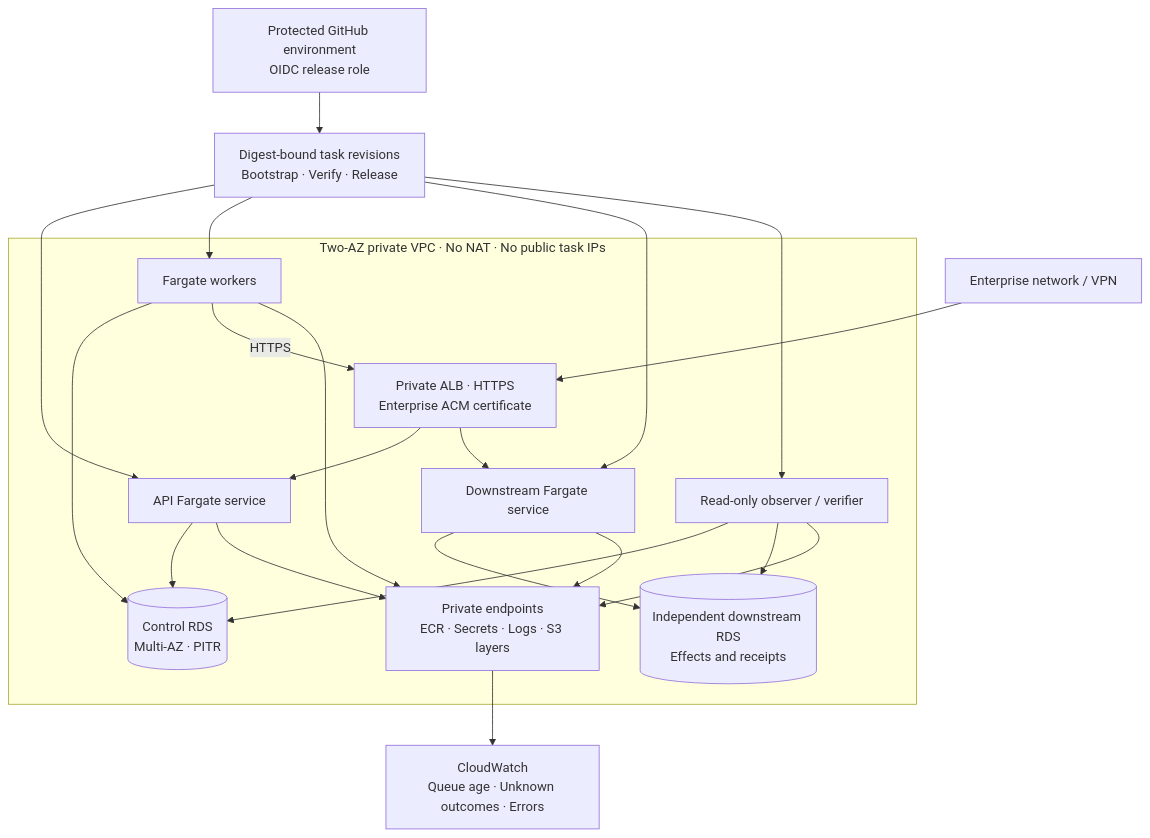
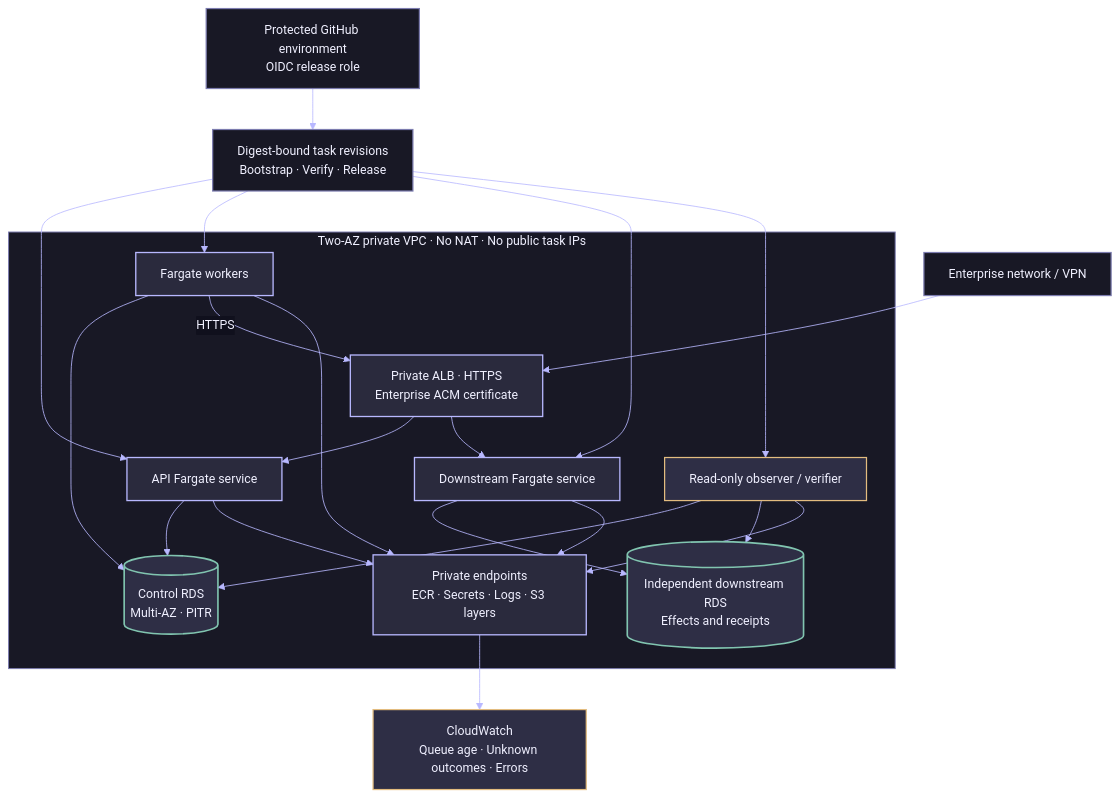
One commit to rlbsem/enterprise-martech-ai-control-plane changed the diagram in docs/diagrams/02-aws-runtime.mmd. Above: the diagram before and after it, drawn with Mermaid. The commit also changed 17 other files, not shown here.

First line of the commit message:
Brand architecture diagrams with Groundbreakers visual system (#3)

```diff
--- a/docs/diagrams/02-aws-runtime.mmd
+++ b/docs/diagrams/02-aws-runtime.mmd
@@ -1,17 +1,27 @@
+%%{init: {"theme":"base","themeVariables":{"background":"#10101D","primaryColor":"#2A2A3D","primaryTextColor":"#F0F0FF","primaryBorderColor":"#7C7CAF","lineColor":"#B8B8FF","textColor":"#F0F0FF","secondaryColor":"#181825","tertiaryColor":"#2E2E45","fontFamily":"IBM Plex Sans, Arial, sans-serif","fontSize":"15px","edgeLabelBackground":"#10101D"}}}%%
 flowchart TB
   CI["Protected GitHub environment<br/>OIDC release role"] --> Tasks["Digest-bound task revisions<br/>Bootstrap · Verify · Release"]
   Clients["Enterprise network / VPN"] --> TLS["Private ALB · HTTPS<br/>Enterprise ACM certificate"]
   subgraph VPC["Two-AZ private VPC · No NAT · No public task IPs"]
     TLS --> API["API Fargate service"]
     TLS --> Remote["Downstream Fargate service"]
     API --> CP[("Control RDS<br/>Multi-AZ · PITR")]
     Worker["Fargate workers"] --> CP
     Worker -->|HTTPS| TLS
     Remote --> Receipts[("Independent downstream RDS<br/>Effects and receipts")]
     Observer["Read-only observer / verifier"] --> CP
     Observer --> Receipts
     EP["Private endpoints<br/>ECR · Secrets · Logs · S3 layers"]
     API & Worker & Remote & Observer --> EP
   end
   Tasks --> API & Worker & Remote & Observer
   EP --> CW["CloudWatch<br/>Queue age · Unknown outcomes · Errors"]
+  classDef outer fill:#181825,stroke:#7C7CAF,color:#F0F0FF,stroke-width:1.5px
+  classDef runtime fill:#2A2A3D,stroke:#B8B8FF,color:#F0F0FF,stroke-width:1.6px
+  classDef datastore fill:#2E2E45,stroke:#81C5B0,color:#F0F0FF,stroke-width:2px
+  classDef observe fill:#2E2E45,stroke:#E3BC7F,color:#F0F0FF,stroke-width:1.5px
+  class CI,Clients,Tasks outer
+  class TLS,API,Worker,Remote,EP runtime
+  class CP,Receipts datastore
+  class Observer,CW observe
+  style VPC fill:#181825,stroke:#7C7CAF,color:#F0F0FF,stroke-width:1.2px
```
